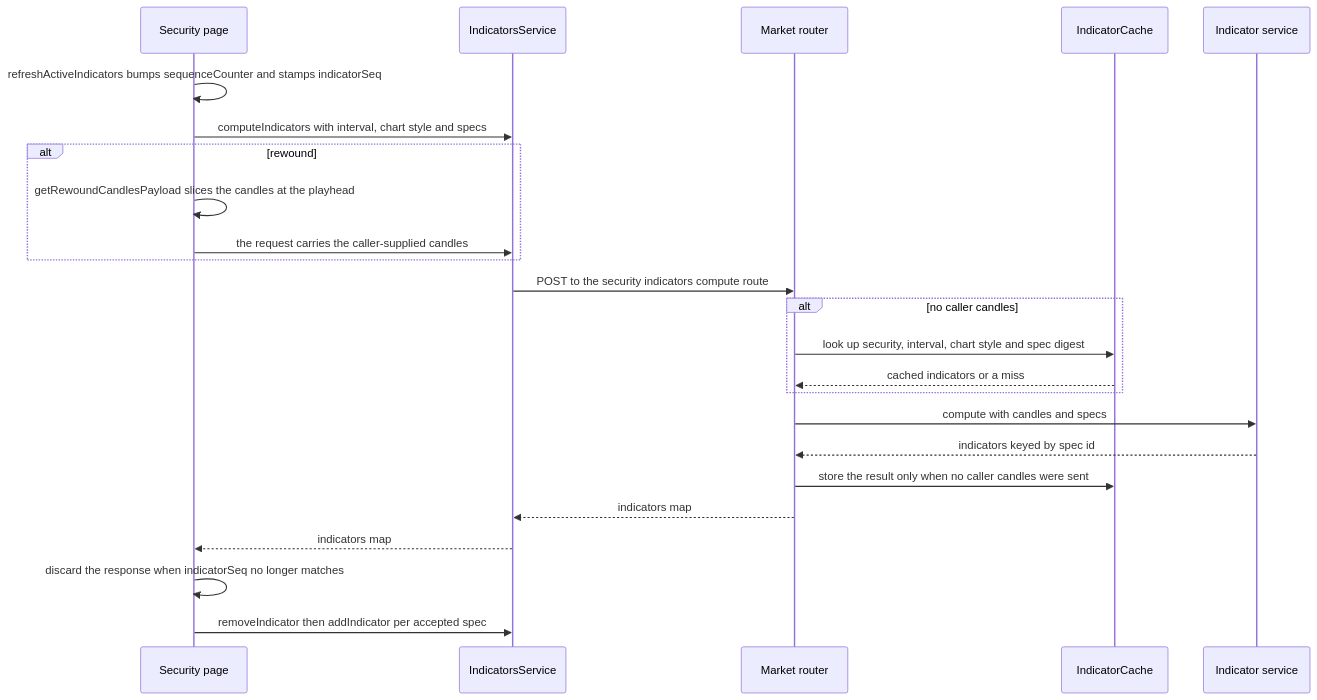
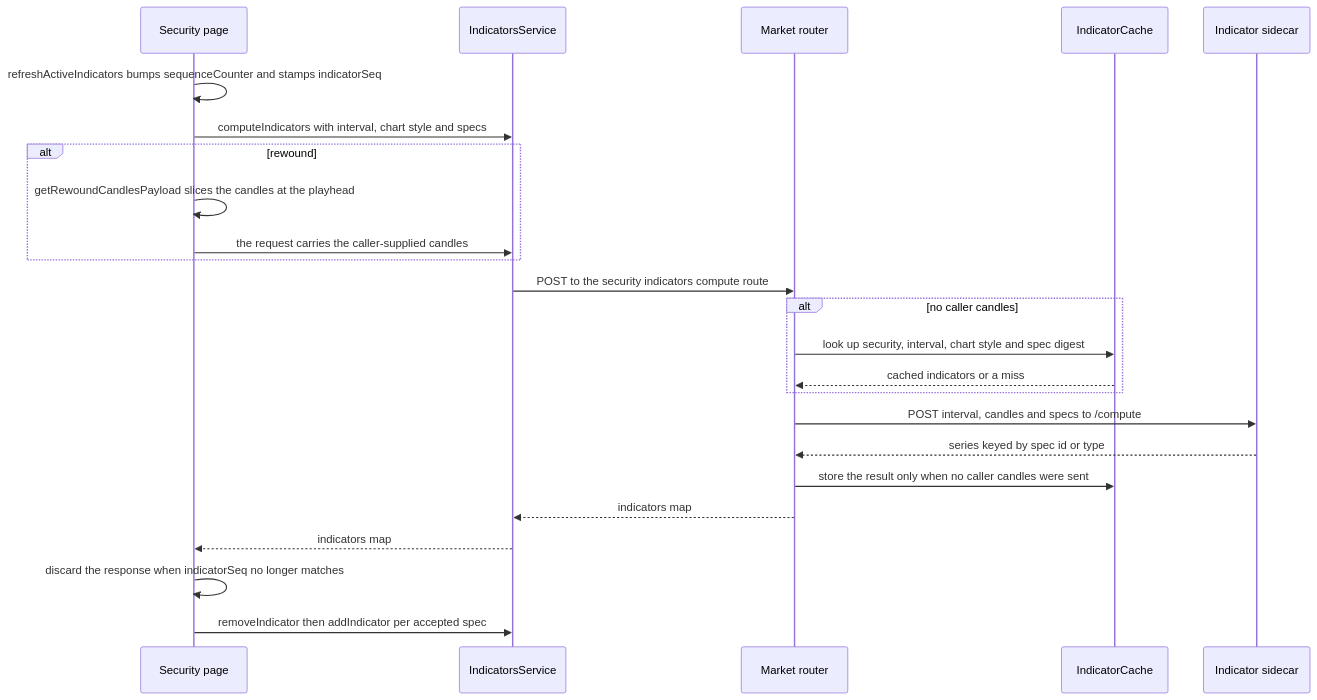
The third of 3 diagrams in openwiki/architecture/charting.md (havekes/retail-portfolio), drawn with Mermaid before and after one commit. The commit also changed other lines of this file and 51 other files, not shown here.

````diff
--- a/openwiki/architecture/charting.md
+++ b/openwiki/architecture/charting.md
@@ -290,27 +350,27 @@
 ```mermaid
 sequenceDiagram
     participant Page as Security page
     participant Api as IndicatorsService
     participant Router as Market router
     participant Cache as IndicatorCache
-    participant Engine as Indicator service
+    participant Engine as Indicator sidecar
 
     Page->>Page: refreshActiveIndicators bumps sequenceCounter and stamps indicatorSeq
     Page->>Api: computeIndicators with interval, chart style and specs
     alt rewound
         Page->>Page: getRewoundCandlesPayload slices the candles at the playhead
         Page->>Api: the request carries the caller-supplied candles
     end
     Api->>Router: POST to the security indicators compute route
     alt no caller candles
         Router->>Cache: look up security, interval, chart style and spec digest
         Cache-->>Router: cached indicators or a miss
     end
-    Router->>Engine: compute with candles and specs
-    Engine-->>Router: indicators keyed by spec id
+    Router->>Engine: POST interval, candles and specs to /compute
+    Engine-->>Router: series keyed by spec id or type
     Router->>Cache: store the result only when no caller candles were sent
     Router-->>Api: indicators map
     Api-->>Page: indicators map
     Page->>Page: discard the response when indicatorSeq no longer matches
     Page->>Api: removeIndicator then addIndicator per accepted spec
 ```
````
